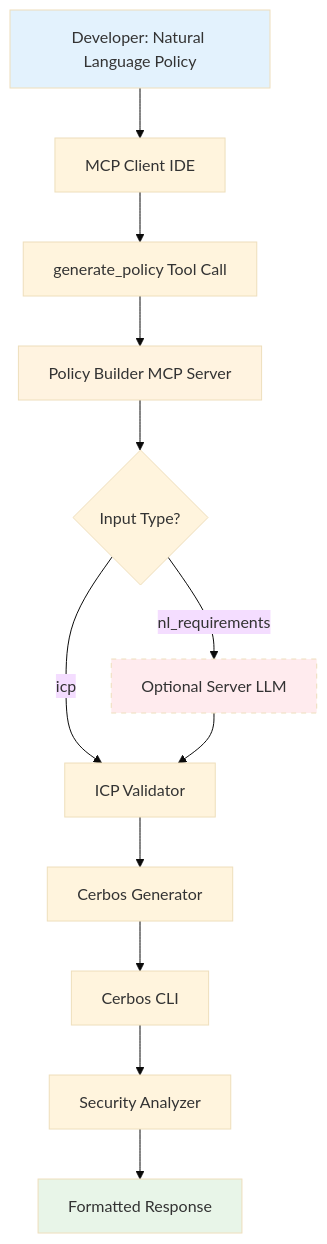
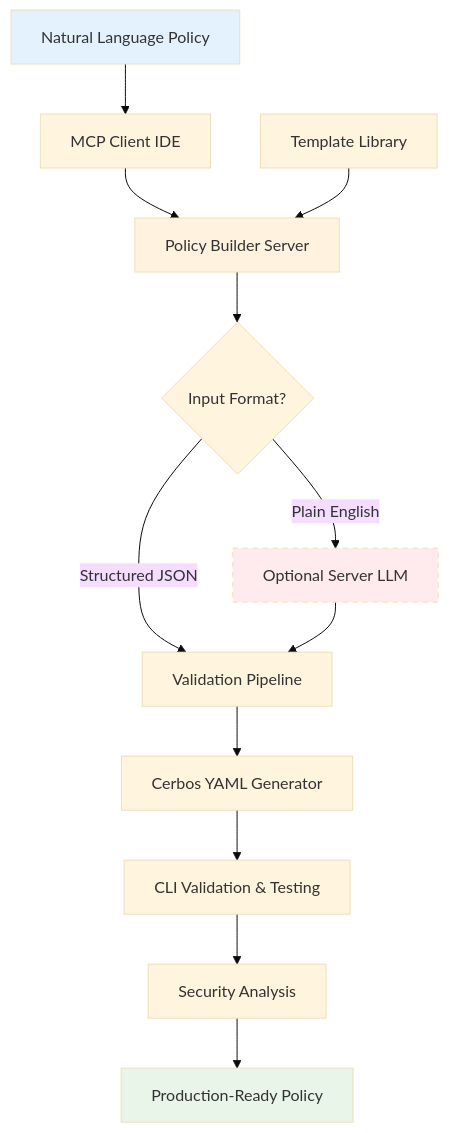
The diagram in docs/technical-design.md (GlassTape/agent-policy-builder-mcp), drawn with Mermaid (base theme) before and after one commit. The commit also changed other lines of this file, not shown here.

````diff
--- a/docs/technical-design.md
+++ b/docs/technical-design.md
@@ -58,19 +132,20 @@
 ```mermaid
 flowchart TD
-    A["Developer: Natural Language Policy"] --> B["MCP Client IDE"]
-    B --> C["generate_policy Tool Call"]
-    C --> D["Policy Builder MCP Server"]
-    D --> E{"Input Type?"}
-    E -->|"nl_requirements"| F["Optional Server LLM"]
-    E -->|"icp"| G["ICP Validator"]
-    F --> G
-    G --> H["Cerbos Generator"]
-    H --> I["Cerbos CLI"]
-    I --> J["Security Analyzer"]
-    J --> K["Formatted Response"]
+    A["Natural Language Policy"] --> B["MCP Client IDE"]
+    B --> C["Policy Builder Server"]
+    C --> D{"Input Format?"}
+    D -->|"Plain English"| E["Optional Server LLM"]
+    D -->|"Structured JSON"| F["Validation Pipeline"]
+    E --> F
+    F --> G["Cerbos YAML Generator"]
+    G --> H["CLI Validation & Testing"]
+    H --> I["Security Analysis"]
+    I --> J["Production-Ready Policy"]
+    
+    K["Template Library"] --> C
     
     style A fill:#e3f2fd
-    style D fill:#fff3e0
-    style K fill:#e8f5e8
-    style F fill:#ffebee,stroke-dasharray: 5 5
+    style J fill:#e8f5e8
+    style C fill:#fff3e0
+    style E fill:#ffebee,stroke-dasharray: 5 5
 ```
````
